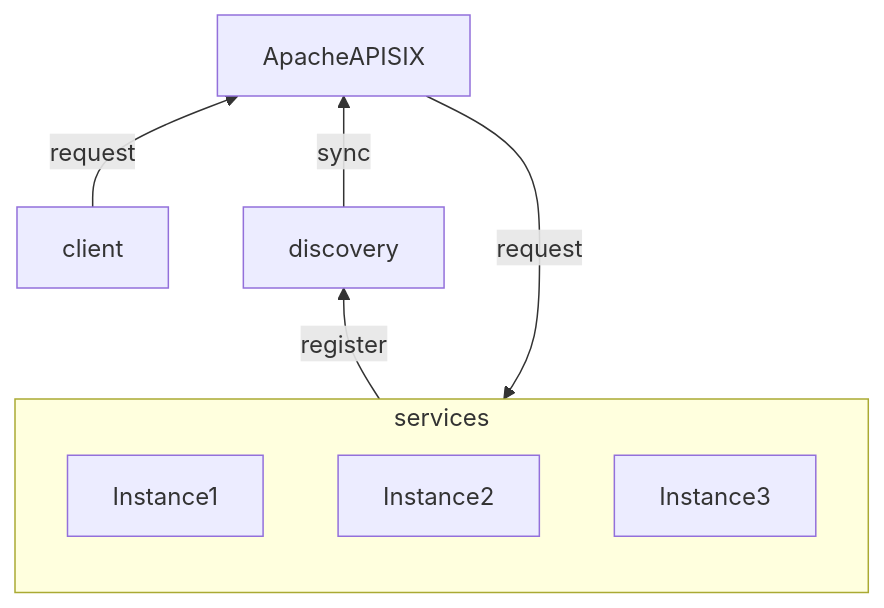
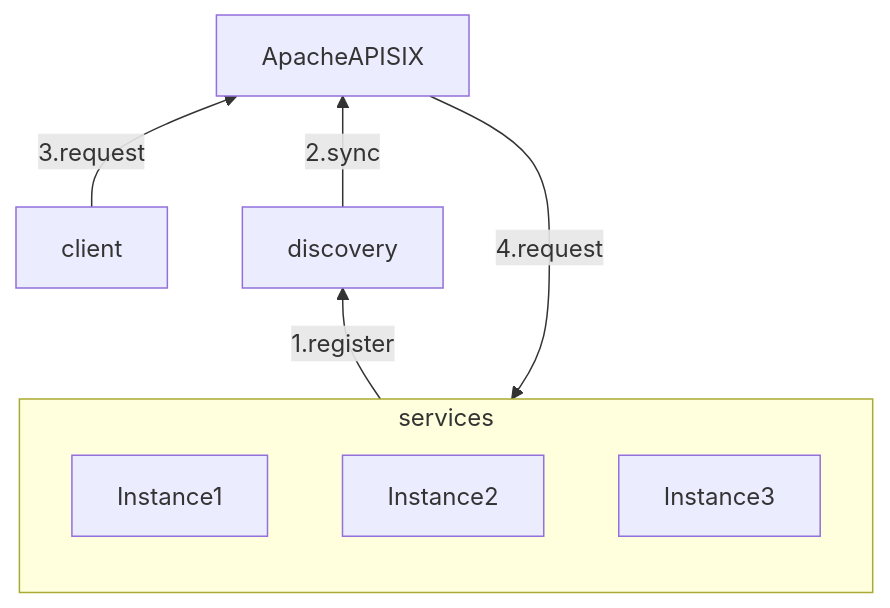
The first of 3 diagrams in Spring-Cloud/Spring Cloud APISIX.md (galaxy-sea/galaxy-blogs), drawn with Mermaid before and after one commit. The commit also changed other lines of this file, not shown here.

Commit message:
Spring Cloud APISIX

````diff
--- a/Spring-Cloud/Spring Cloud APISIX.md
+++ b/Spring-Cloud/Spring Cloud APISIX.md
@@ -22,13 +22,13 @@
 ```Mermaid
 flowchart BT
 
-    client --request--> ApacheAPISIX --request--> services
-    services --register--> discovery
-    discovery --sync--> ApacheAPISIX
+    client --3.request--> ApacheAPISIX --4.request--> services
+    services --1.register--> discovery
+    discovery --2.sync--> ApacheAPISIX
     subgraph services
      direction TB
      Instance1
      Instance2
      Instance3
     end
 ```
````
